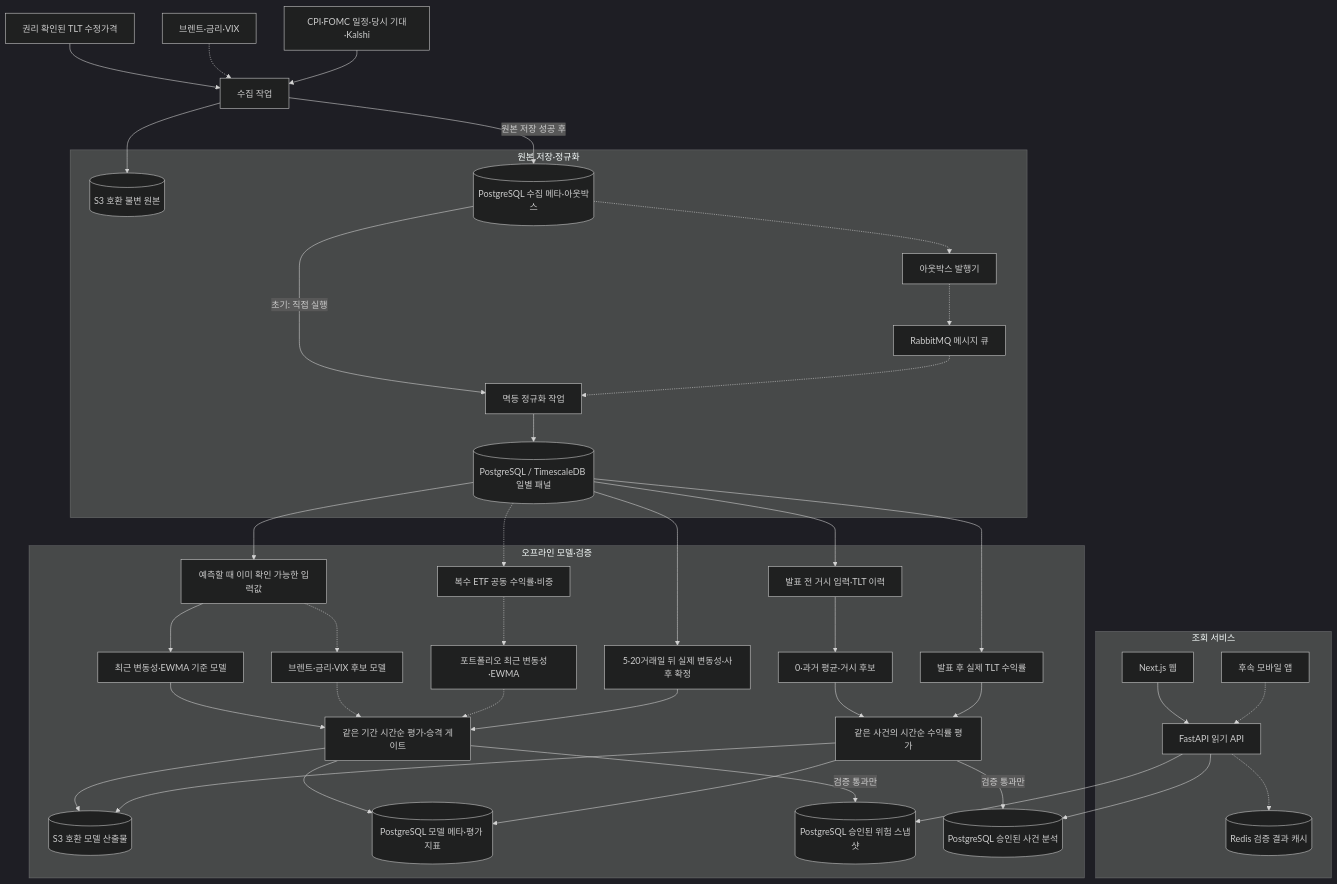
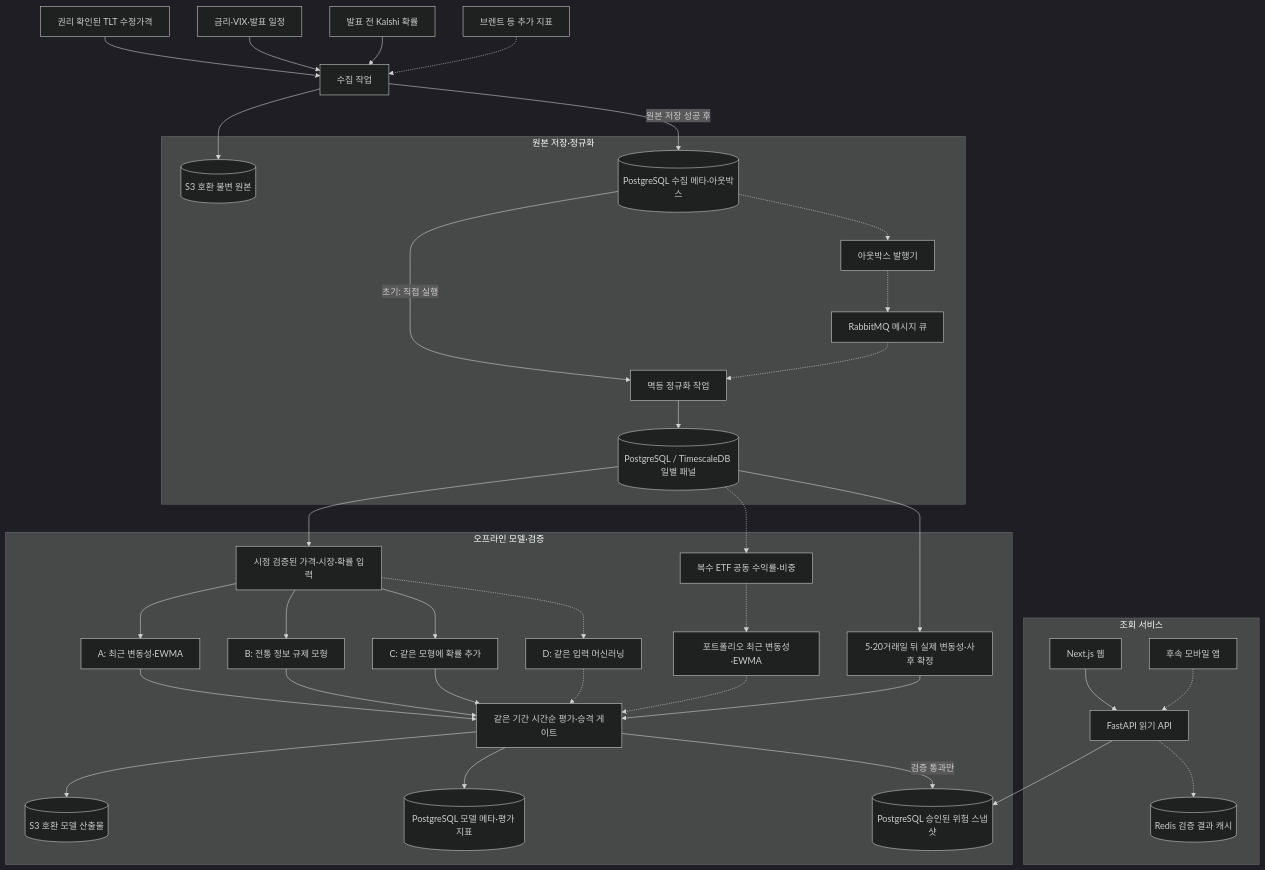
Before and after one commit to AnDev77/ShockGarph_AI: the first of 2 diagrams in docs/architecture.md, drawn with Mermaid (dark theme). The commit also changed other lines of this file and 12 other files, not shown here.

Commit message:
fix: 거시 확률의 TLT 변동성 예측 목표 복원

````diff
--- a/docs/architecture.md
+++ b/docs/architecture.md
@@ -15,69 +12,61 @@
 ```mermaid
 flowchart TB
     S["권리 확인된 TLT 수정가격"] --> C["수집 작업"]
-    O["브렌트·금리·VIX"] -.-> C
-    K["CPI·FOMC 일정·당시 기대·Kalshi"] --> C
+    O["금리·VIX·발표 일정"] --> C
+    K["발표 전 Kalshi 확률"] --> C
+    BRENT["브렌트 등 추가 지표"] -.-> C
 
     subgraph DATA["원본 저장·정규화"]
         RAW[("S3 호환 불변 원본")]
         META[("PostgreSQL 수집 메타·아웃박스")]
         PUB["아웃박스 발행기"]
         MQ["RabbitMQ 메시지 큐"]
         N["멱등 정규화 작업"]
         PANEL[("PostgreSQL / TimescaleDB 일별 패널")]
     end
     C --> RAW
     C -->|원본 저장 성공 후| META
     META -->|초기: 직접 실행| N
     META -.-> PUB
     PUB -.-> MQ
     MQ -.-> N
     N --> PANEL
 
     subgraph MODEL["오프라인 모델·검증"]
-        F["예측할 때 이미 확인 가능한 입력값"]
+        F["시점 검증된 가격·시장·확률 입력"]
         L["5·20거래일 뒤 실제 변동성·사후 확정"]
-        B["최근 변동성·EWMA 기준 모델"]
-        M["브렌트·금리·VIX 후보 모델"]
+        B["A: 최근 변동성·EWMA"]
+        M["B: 전통 정보 규제 모형"]
+        PC["C: 같은 모형에 확률 추가"]
+        ML["D: 같은 입력 머신러닝"]
         P["복수 ETF 공동 수익률·비중"]
         PB["포트폴리오 최근 변동성·EWMA"]
         E["같은 기간 시간순 평가·승격 게이트"]
         ART[("S3 호환 모델 산출물")]
         REG[("PostgreSQL 모델 메타·평가 지표")]
         SNAP[("PostgreSQL 승인된 위험 스냅샷")]
-        EF["발표 전 거시 입력·TLT 이력"]
-        EY["발표 후 실제 TLT 수익률"]
-        EM["0·과거 평균·거시 후보"]
-        EE["같은 사건의 시간순 수익률 평가"]
-        ES[("PostgreSQL 승인된 사건 분석")]
     end
     PANEL --> F
     PANEL --> L
     F --> B --> E
-    F -.-> M -.-> E
+    F --> M --> E
+    F --> PC --> E
+    F -.-> ML -.-> E
     PANEL -.-> P
     P -.-> PB -.-> E
     L --> E
     E --> ART
     E --> REG
     E -->|검증 통과만| SNAP
-    PANEL --> EF
-    PANEL --> EY
-    EF --> EM --> EE
-    EY --> EE
-    EE --> ART
-    EE --> REG
-    EE -->|검증 통과만| ES
 
     subgraph SERVE["조회 서비스"]
         WEB["Next.js 웹"]
         APP["후속 모바일 앱"]
         API["FastAPI 읽기 API"]
         CACHE[("Redis 검증 결과 캐시")]
     end
     WEB --> API
     APP -.-> API
     API --> SNAP
-    API --> ES
     API -.-> CACHE
 ```
````
